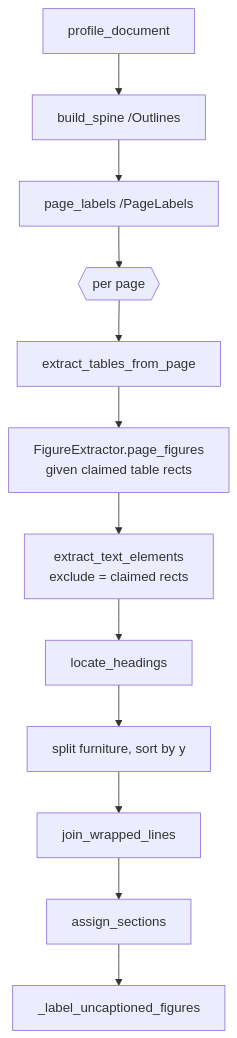
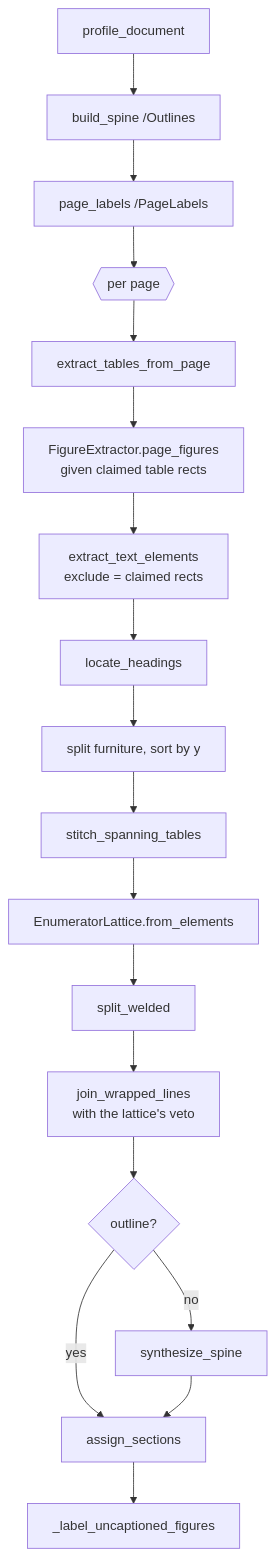
Before and after one commit to AmirrezaSLH/contract_analyzer: the diagram in docs/parsing.md, drawn with Mermaid. The commit also changed other lines of this file and 1 other file, not shown here.

````diff
--- a/docs/parsing.md
+++ b/docs/parsing.md
@@ -107,14 +142,20 @@
 ```mermaid
 flowchart TD
     A[profile_document] --> B[build_spine /Outlines]
     B --> C[page_labels /PageLabels]
     C --> P{{per page}}
     P --> T[extract_tables_from_page]
     T --> F[FigureExtractor.page_figures<br/>given claimed table rects]
     F --> X[extract_text_elements<br/>exclude = claimed rects]
     X --> L[locate_headings]
     L --> S[split furniture, sort by y]
-    S --> J[join_wrapped_lines]
-    J --> G[assign_sections]
+    S --> ST[stitch_spanning_tables]
+    ST --> E[EnumeratorLattice.from_elements]
+    E --> SW[split_welded]
+    SW --> J[join_wrapped_lines<br/>with the lattice's veto]
+    J --> SY{outline?}
+    SY -- no --> SS[synthesize_spine]
+    SY -- yes --> G
+    SS --> G[assign_sections]
     G --> U[_label_uncaptioned_figures]
 ```
````
